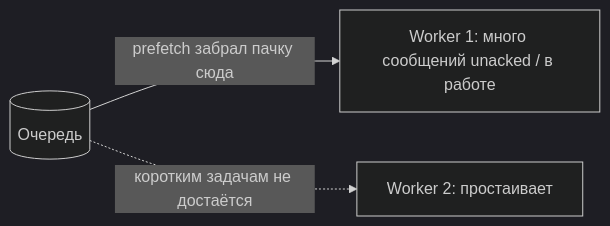
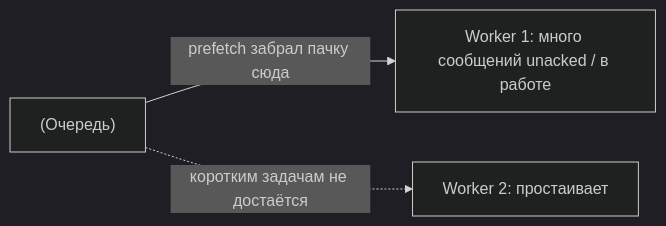
Before and after one commit to DDoSKudya/ai-study-atlas: the first of 4 diagrams in directions/services/celery/pact/16_proizvoditelnost_throughput_i_masshtabirovanie/13_16_16_4_nastroyki_vliyayushchie_na_proizvoditelnost.md, drawn with Mermaid (dark theme). The commit also changed other lines of this file and 322 other files, not shown here.

Commit message:
fix(docs): make mermaid diagrams GitHub-compatible across directions content

````diff
--- a/directions/services/celery/pact/16_proizvoditelnost_throughput_i_masshtabirovanie/13_16_16_4_nastroyki_vliyayushchie_na_proizvoditelnost.md
+++ b/directions/services/celery/pact/16_proizvoditelnost_throughput_i_masshtabirovanie/13_16_16_4_nastroyki_vliyayushchie_na_proizvoditelnost.md
@@ -50,8 +50,8 @@
 ```mermaid
 flowchart LR
-  Q1[(Очередь)]
-  W1[Worker 1: много сообщений unacked / в работе]
-  W2[Worker 2: простаивает]
+  Q1["(Очередь)"]
+  W1["Worker 1: много сообщений unacked / в работе"]
+  W2["Worker 2: простаивает"]
   Q1 -->|prefetch забрал пачку сюда| W1
   Q1 -.->|коротким задачам не достаётся| W2
 ```
````
